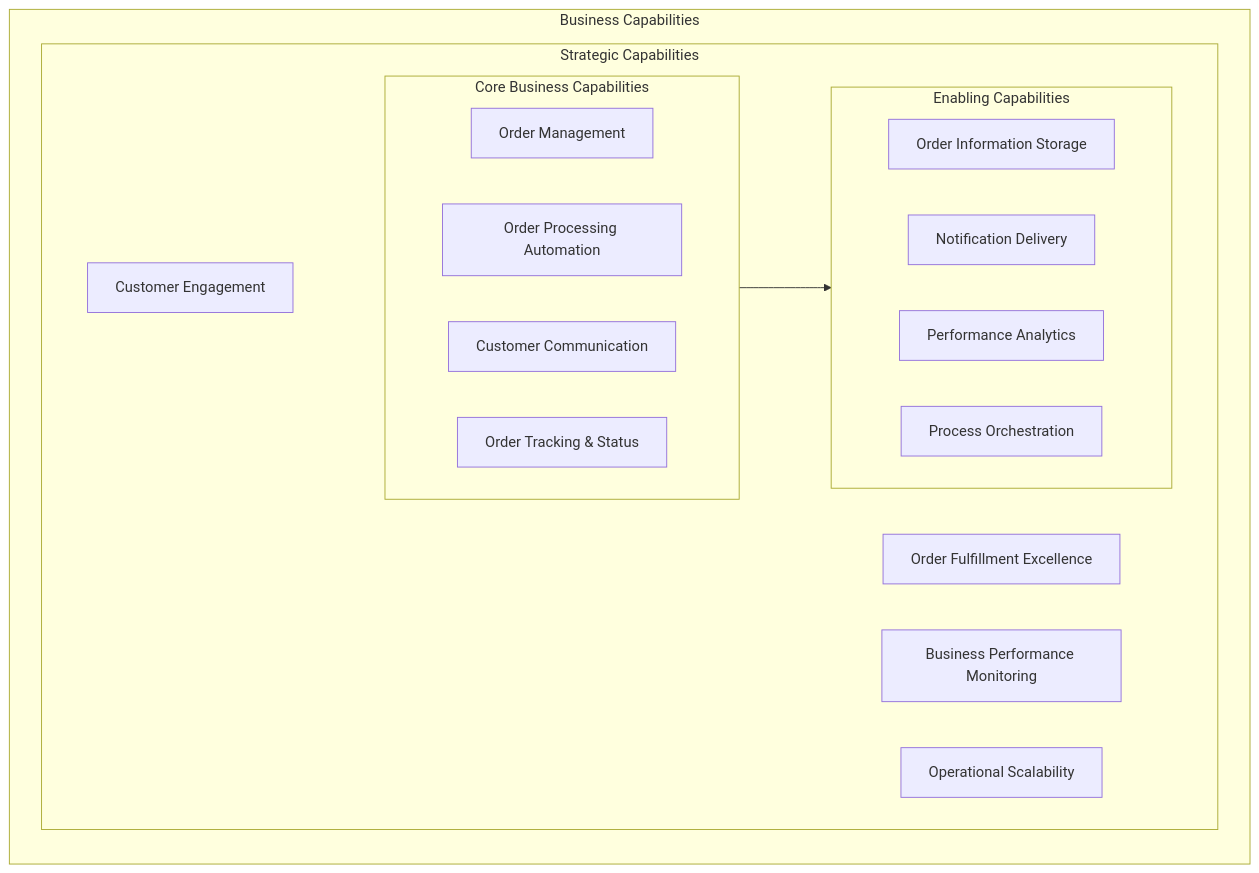
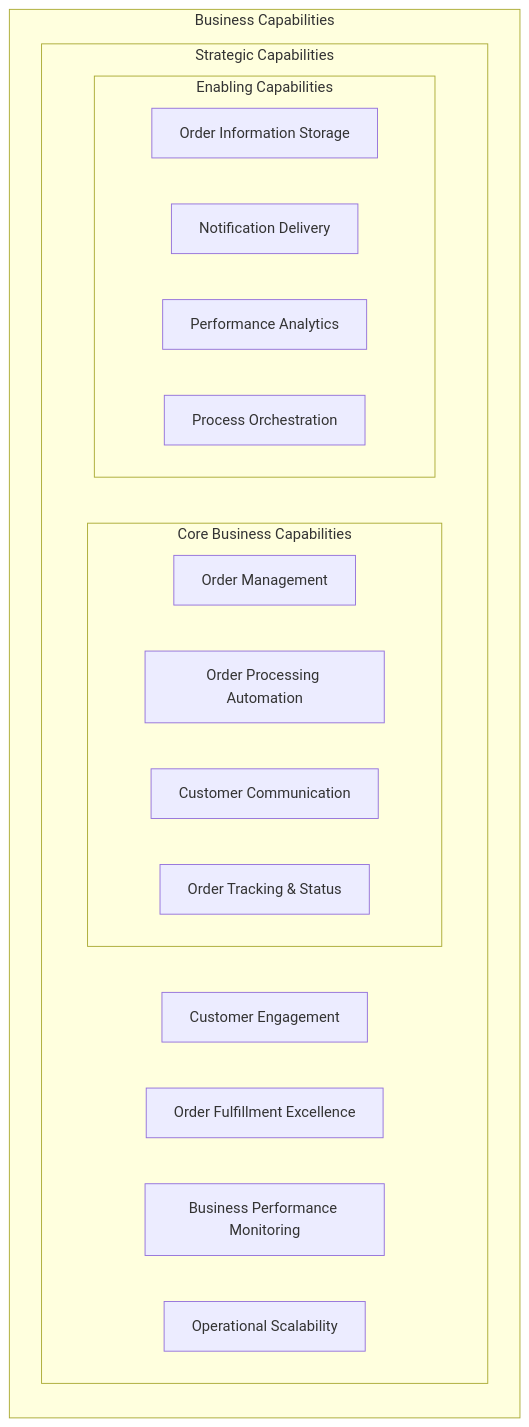
One commit to Evilazaro/Azure-LogicApps-Monitoring changed the first of 8 diagrams in docs/architecture/business-architecture.md. Above: the diagram before and after it, drawn with Mermaid.

Commit message:
docs: Remove redundant flowchart connection in Capability Descriptions section

````diff
--- a/docs/architecture/business-architecture.md
+++ b/docs/architecture/business-architecture.md
@@ -126,30 +126,29 @@
 ```mermaid
 flowchart TD
     subgraph businesscap["Business Capabilities"]
         direction TB
         subgraph strategic["Strategic Capabilities"]
             direction LR
             SC1["Customer Engagement"]
             SC2["Order Fulfillment Excellence"]
             SC3["Business Performance Monitoring"]
             SC4["Operational Scalability"]
             subgraph core["Core Business Capabilities"]
                 direction LR
                 CC1["Order Management"]
                 CC2["Order Processing Automation"]
                 CC3["Customer Communication"]
                 CC4["Order Tracking & Status"]
             end
             subgraph enabling["Enabling Capabilities"]
                 direction LR
                 EC1["Order Information Storage"]
                 EC2["Notification Delivery"]
                 EC3["Performance Analytics"]
                 EC4["Process Orchestration"]
             end        
         end
         
     end
     
-    strategic --> core --> enabling
 ```
````
